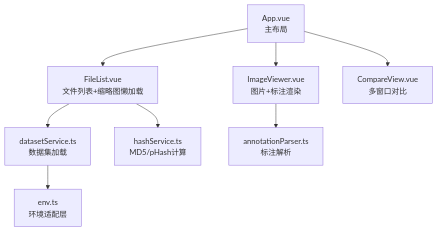
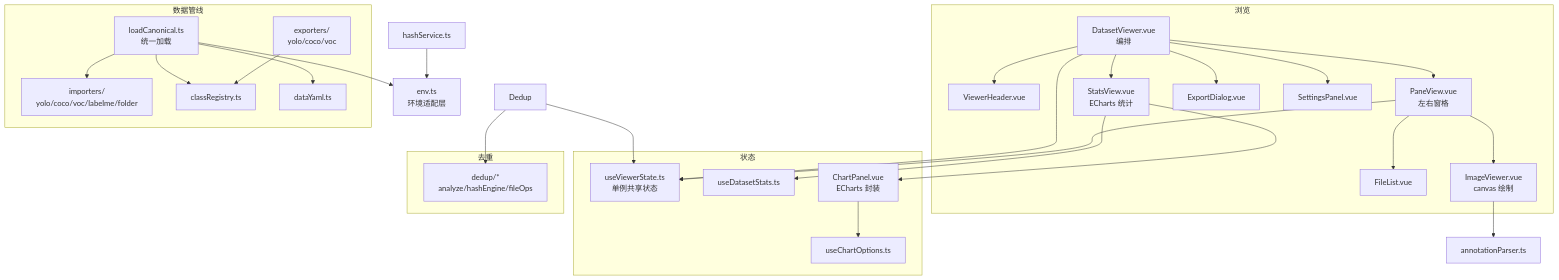
The second of 2 diagrams in document/PROJECT_ARCHITECTURE.md (xuxi520/--DV-DatasetManager-DataVision-), drawn with Mermaid before and after one commit. The commit also changed other lines of this file and 235 other files, not shown here.

````diff
--- a/document/PROJECT_ARCHITECTURE.md
+++ b/document/PROJECT_ARCHITECTURE.md
@@ -13,19 +29,58 @@
 ```mermaid
 graph TD
-    App["App.vue<br/>主布局"]
-    FileList["FileList.vue<br/>文件列表+缩略图懒加载"]
-    ImageViewer["ImageViewer.vue<br/>图片+标注渲染"]
-    CompareView["CompareView.vue<br/>多窗口对比"]
-    DatasetService["datasetService.ts<br/>数据集加载"]
-    AnnotationParser["annotationParser.ts<br/>标注解析"]
-    HashService["hashService.ts<br/>MD5/pHash计算"]
+    subgraph 浏览
+      Viewer["DatasetViewer.vue<br/>编排"]
+      ViewerHeader["ViewerHeader.vue"]
+      PaneView["PaneView.vue<br/>左右窗格"]
+      FileList["FileList.vue"]
+      ImageViewer["ImageViewer.vue<br/>canvas 绘制"]
+      StatsView["StatsView.vue<br/>ECharts 统计"]
+      ExportDialog["ExportDialog.vue"]
+      SettingsPanel["SettingsPanel.vue"]
+      Viewer --> ViewerHeader
+      Viewer --> PaneView
+      Viewer --> StatsView
+      Viewer --> ExportDialog
+      Viewer --> SettingsPanel
+      PaneView --> FileList
+      PaneView --> ImageViewer
+    end
+
+    subgraph 状态
+      State["useViewerState.ts<br/>单例共享状态"]
+      Stats["useDatasetStats.ts"]
+      Charts["useChartOptions.ts"]
+      ChartPanel["ChartPanel.vue<br/>ECharts 封装"]
+    end
+
+    subgraph 数据管线
+      Load["loadCanonical.ts<br/>统一加载"]
+      Importers["importers/<br/>yolo/coco/voc/labelme/folder"]
+      Exporters["exporters/<br/>yolo/coco/voc"]
+      ClassReg["classRegistry.ts"]
+      DataYaml["dataYaml.ts"]
+    end
+
+    subgraph 去重
+      DedupCore["dedup/*<br/>analyze/hashEngine/fileOps"]
+    end
+
     Env["env.ts<br/>环境适配层"]
+    Parser["annotationParser.ts"]
+    Hash["hashService.ts"]
 
-    App --> FileList
-    App --> ImageViewer
-    App --> CompareView
-    FileList --> DatasetService
-    ImageViewer --> AnnotationParser
-    FileList --> HashService
-    DatasetService --> Env
+    Viewer --> State
+    PaneView --> State
+    ImageViewer --> Parser
+    StatsView --> Stats
+    StatsView --> ChartPanel
+    ChartPanel --> Charts
+    Load --> Importers
+    Load --> ClassReg
+    Load --> DataYaml
+    Exporters --> ClassReg
+    Dedup --> DedupCore
+    Dedup --> State
+    Load --> Env
+    Hash --> Env
 ```
````
